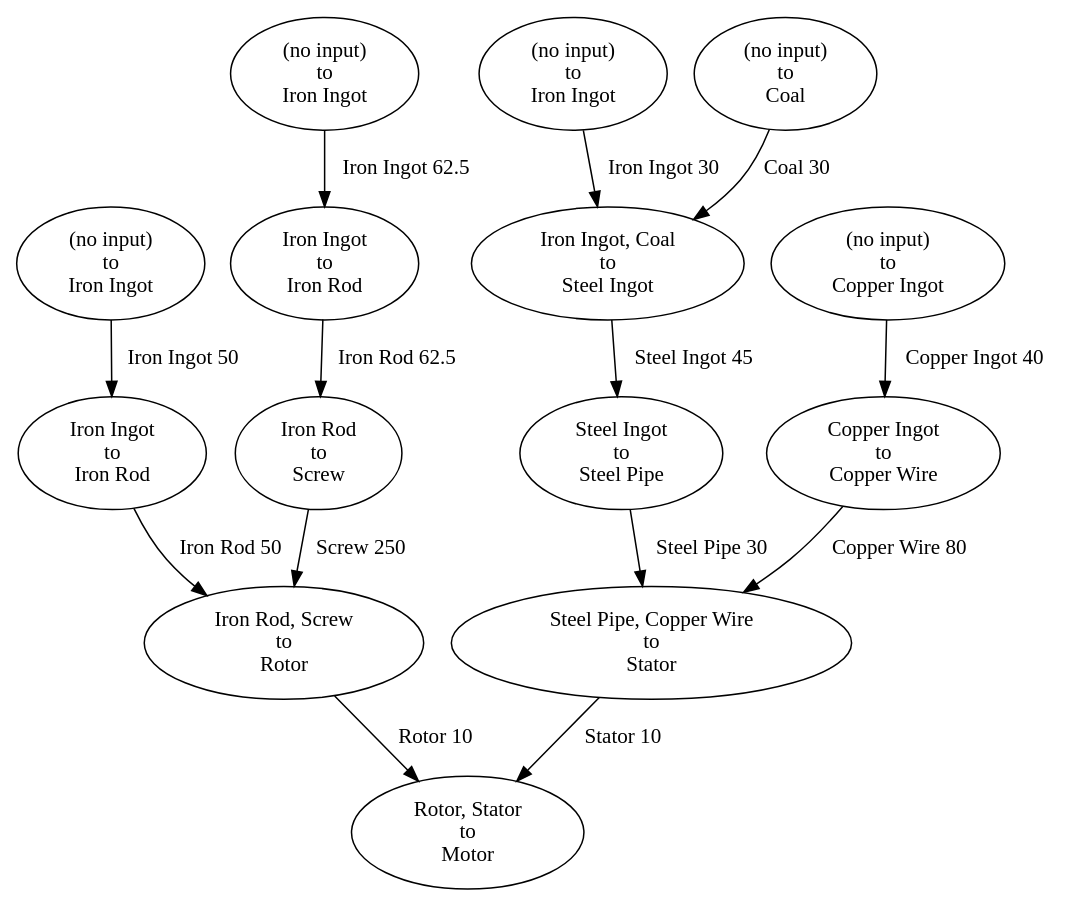
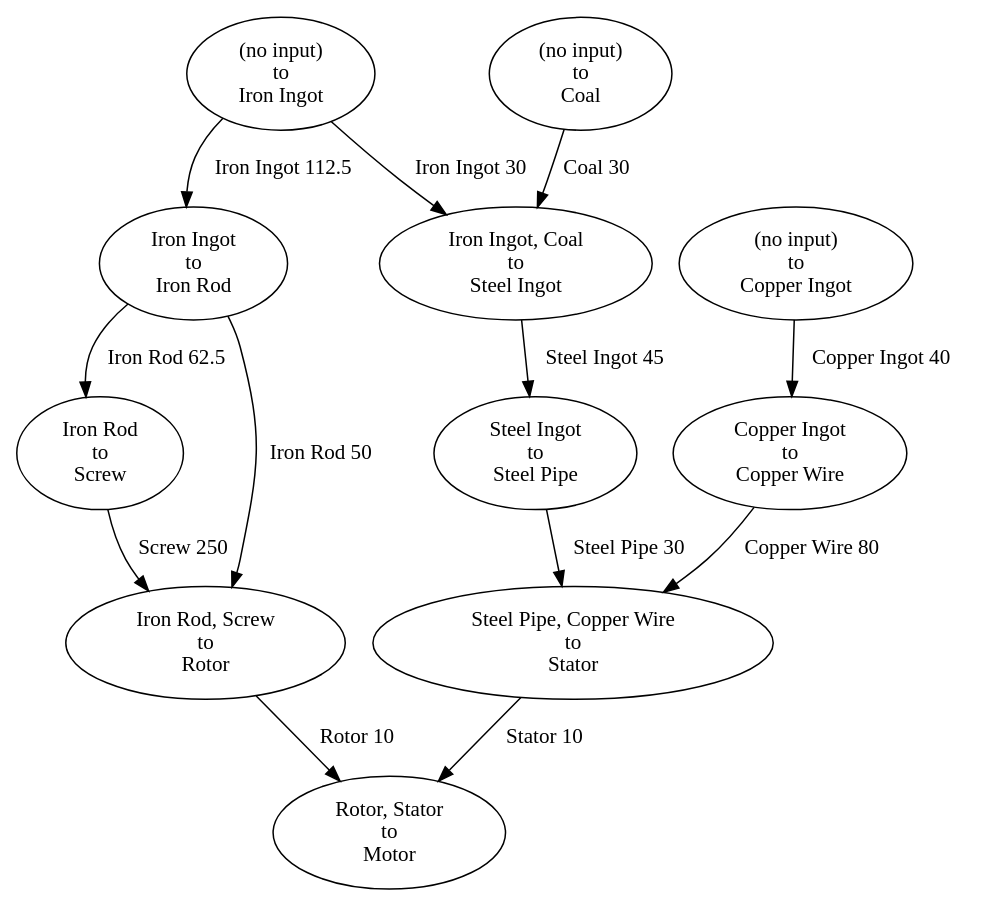
The diagram in sample.dot (tinaxd/factory-calc), drawn with Graphviz before and after one commit. The commit also changed 5 other files, not shown here.

```diff
--- a/sample.dot
+++ b/sample.dot
@@ -1,29 +1,25 @@
 digraph G {
-    node0 [label = "Rotor, Stator\nto\nMotor";];
-    node1 [label = "Iron Rod, Screw\nto\nRotor";];
-    node2 [label = "Iron Ingot\nto\nIron Rod";];
-    node3 [label = "(no input)\nto\nIron Ingot";];
-    node3 -> node2 [label = "Iron Ingot 50";];
-    node2 -> node1 [label = "Iron Rod 50";];
-    node4 [label = "Iron Rod\nto\nScrew";];
+    node0 [label = "Iron Ingot, Coal\nto\nSteel Ingot";];
+    node1 [label = "Steel Ingot\nto\nSteel Pipe";];
+    node2 [label = "Steel Pipe, Copper Wire\nto\nStator";];
+    node3 [label = "Rotor, Stator\nto\nMotor";];
+    node4 [label = "Iron Rod, Screw\nto\nRotor";];
     node5 [label = "Iron Ingot\nto\nIron Rod";];
-    node6 [label = "(no input)\nto\nIron Ingot";];
-    node6 -> node5 [label = "Iron Ingot 62.5";];
-    node5 -> node4 [label = "Iron Rod 62.5";];
-    node4 -> node1 [label = "Screw 250";];
-    node1 -> node0 [label = "Rotor 10";];
-    node7 [label = "Steel Pipe, Copper Wire\nto\nStator";];
-    node8 [label = "Steel Ingot\nto\nSteel Pipe";];
-    node9 [label = "Iron Ingot, Coal\nto\nSteel Ingot";];
-    node10 [label = "(no input)\nto\nIron Ingot";];
-    node10 -> node9 [label = "Iron Ingot 30";];
-    node11 [label = "(no input)\nto\nCoal";];
-    node11 -> node9 [label = "Coal 30";];
-    node9 -> node8 [label = "Steel Ingot 45";];
-    node8 -> node7 [label = "Steel Pipe 30";];
-    node12 [label = "Copper Ingot\nto\nCopper Wire";];
-    node13 [label = "(no input)\nto\nCopper Ingot";];
-    node13 -> node12 [label = "Copper Ingot 40";];
-    node12 -> node7 [label = "Copper Wire 80";];
-    node7 -> node0 [label = "Stator 10";];
+    node6 [label = "Iron Rod\nto\nScrew";];
+    node7 [label = "Copper Ingot\nto\nCopper Wire";];
+    node8 [label = "(no input)\nto\nIron Ingot";];
+    node9 [label = "(no input)\nto\nCoal";];
+    node10 [label = "(no input)\nto\nCopper Ingot";];
+    node8 -> node0 [label = "Iron Ingot 30";];
+    node9 -> node0 [label = "Coal 30";];
+    node0 -> node1 [label = "Steel Ingot 45";];
+    node1 -> node2 [label = "Steel Pipe 30";];
+    node7 -> node2 [label = "Copper Wire 80";];
+    node4 -> node3 [label = "Rotor 10";];
+    node2 -> node3 [label = "Stator 10";];
+    node5 -> node4 [label = "Iron Rod 50";];
+    node6 -> node4 [label = "Screw 250";];
+    node8 -> node5 [label = "Iron Ingot 112.5";];
+    node5 -> node6 [label = "Iron Rod 62.5";];
+    node10 -> node7 [label = "Copper Ingot 40";];
 }
```
